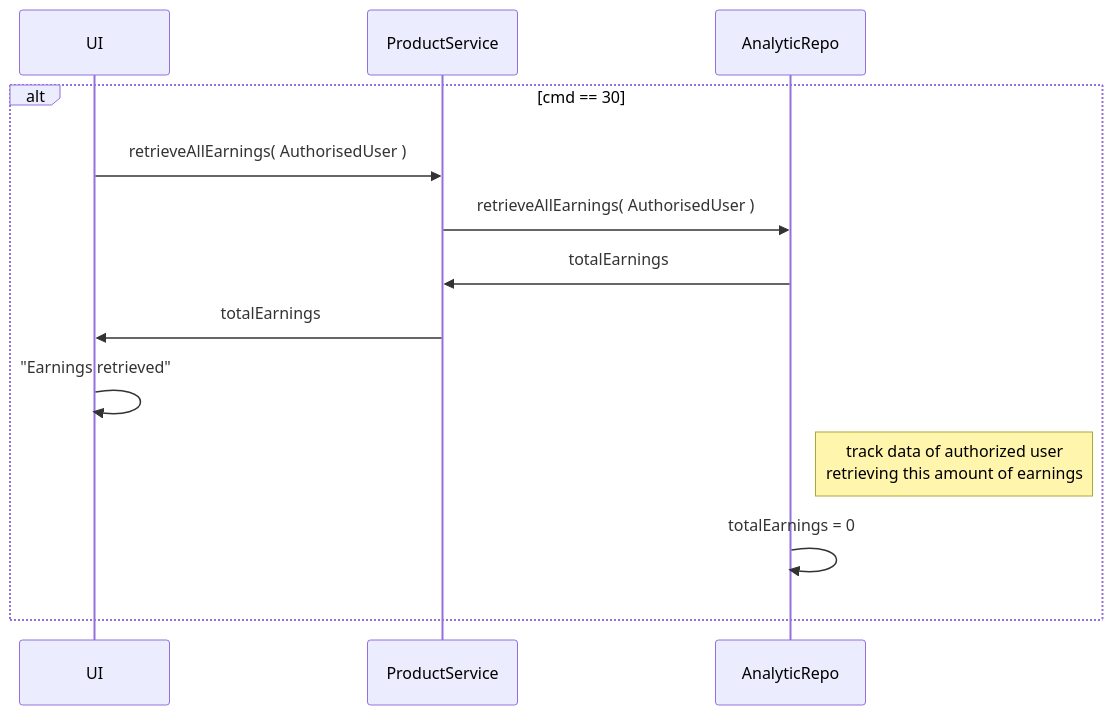
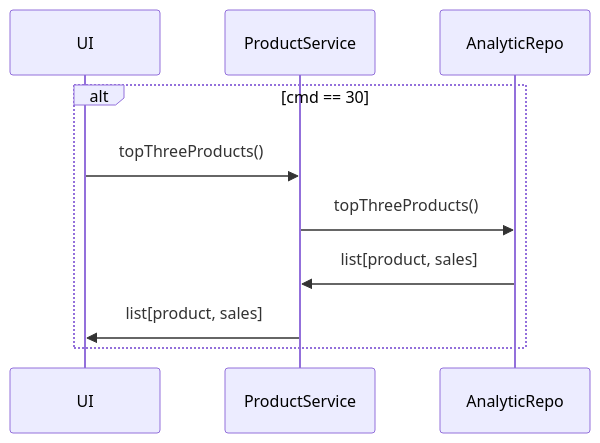
One commit to Apameus/Vending_Machine changed diagram 12 of 14 in README.md. Above: the diagram before and after it, drawn with Mermaid. The commit also changed other lines of this file, not shown here.

Commit message:
totalEarnings command added

````diff
--- a/README.md
+++ b/README.md
@@ -254,17 +261,13 @@
 ```mermaid
 sequenceDiagram
     participant UI
     participant PS as ProductService
     participant AR as AnalyticRepo
 
-
     alt cmd == 30
-        UI ->> PS: retrieveAllEarnings( AuthorisedUser )
-        PS ->> AR: retrieveAllEarnings( AuthorisedUser )
-        AR ->> PS: totalEarnings
-        PS ->> UI: totalEarnings
-        UI ->> UI: "Earnings retrieved"
-        Note right of AR: track data of authorized user <br> retrieving this amount of earnings
-        AR ->> AR: totalEarnings = 0
+            UI ->> PS: topThreeProducts()
+            PS ->> AR: topThreeProducts()
+            AR ->> PS: list[product, sales]
+            PS ->> UI: list[product, sales]
     end
 ```
````
